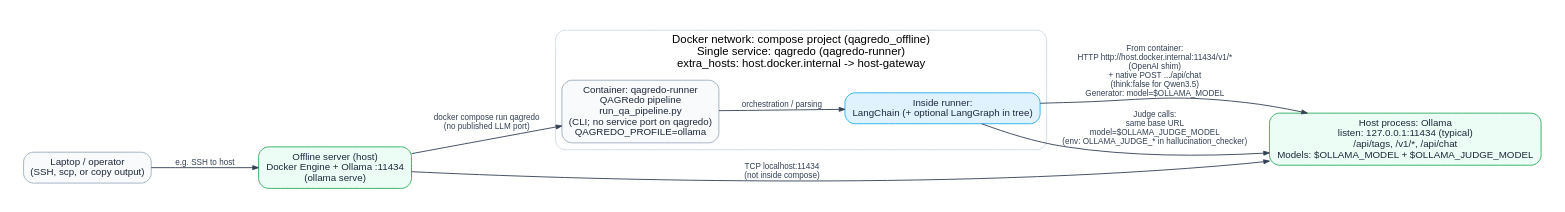
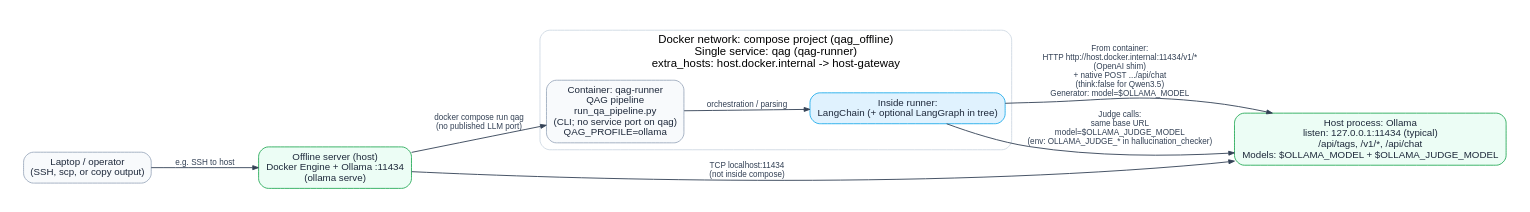
The diagram in docs/architecture/diagrams/network_docker_compose_ollama.dot (tohyewhong/qagredo-local), drawn with Graphviz before and after one commit. The commit also changed 273 other files, not shown here.

First line of the commit message:
Add algorithm baseline v3, architecture docs, and LoRA finetune stack.

```diff
--- a/docs/architecture/diagrams/network_docker_compose_ollama.dot
+++ b/docs/architecture/diagrams/network_docker_compose_ollama.dot
@@ -1,53 +1,53 @@
 digraph NetworkDockerComposeOllama {
   graph [
     rankdir=LR,
     splines=true,
     bgcolor="#ffffff",
     pad="0.3",
     nodesep="0.6",
     ranksep="0.8",
     fontname="Arial"
   ];
 
   node [
     shape=box,
     style="rounded,filled",
     fillcolor="#f8fafc",
     color="#94a3b8",
     fontcolor="#1e293b",
     fontsize=12,
     fontname="Arial",
     margin="0.12,0.08"
   ];
 
   edge [
     color="#334155",
     penwidth=1.1,
     arrowsize=0.7,
     fontsize=10,
     fontname="Arial",
     fontcolor="#334155"
   ];
 
   laptop [label="Laptop / operator\n(SSH, scp, or copy output)"];
   host [label="Offline server (host)\nDocker Engine + Ollama :11434\n(ollama serve)", fillcolor="#ecfdf5", color="#16a34a"];
 
   subgraph cluster_net {
-    label="Docker network: compose project (qagredo_offline)\nSingle service: qagredo (qagredo-runner)\nextra_hosts: host.docker.internal -> host-gateway";
+    label="Docker network: compose project (qag_offline)\nSingle service: qag (qag-runner)\nextra_hosts: host.docker.internal -> host-gateway";
     color="#cbd5e1";
     style="rounded";
 
-    runner [label="Container: qagredo-runner\nQAGRedo pipeline\nrun_qa_pipeline.py\n(CLI; no service port on qagredo)\nQAGREDO_PROFILE=ollama"];
+    runner [label="Container: qag-runner\nQAG pipeline\nrun_qa_pipeline.py\n(CLI; no service port on qag)\nQAG_PROFILE=ollama"];
     framework [label="Inside runner:\nLangChain (+ optional LangGraph in tree)", fillcolor="#e0f2fe", color="#0ea5e9"];
  }
 
   ollama [label="Host process: Ollama\nlisten: 127.0.0.1:11434 (typical)\n/api/tags, /v1/*, /api/chat\nModels: $OLLAMA_MODEL + $OLLAMA_JUDGE_MODEL", fillcolor="#ecfdf5", color="#16a34a"];
 
   laptop -> host [label="e.g. SSH to host"];
-  host -> runner [label="docker compose run qagredo\n(no published LLM port)"];
+  host -> runner [label="docker compose run qag\n(no published LLM port)"];
   host -> ollama [label="TCP localhost:11434\n(not inside compose)"];
 
   runner -> framework [label="orchestration / parsing"];
   framework -> ollama [label="From container:\nHTTP http://host.docker.internal:11434/v1/*\n(OpenAI shim)\n+ native POST .../api/chat\n(think:false for Qwen3.5)\nGenerator: model=$OLLAMA_MODEL"];
   framework -> ollama [label="Judge calls:\nsame base URL\nmodel=$OLLAMA_JUDGE_MODEL\n(env: OLLAMA_JUDGE_* in hallucination_checker)"];
 }
```
